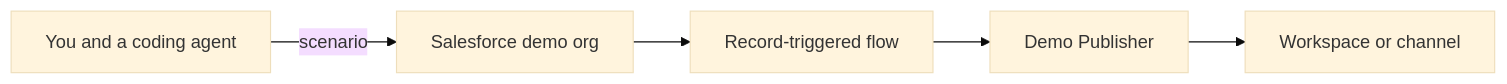
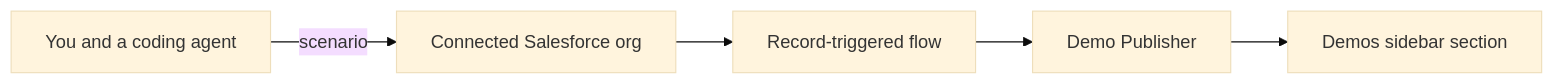
The diagram in README.md (zacharwood-bryd/sf-slack-demo-seeder), drawn with Mermaid (base theme) before and after one commit. The commit also changed other lines of this file and 8 other files, not shown here.

First line of the commit message:
Keep demos in one Slack workspace, grouped in a sidebar section.

````diff
--- a/README.md
+++ b/README.md
@@ -7,13 +7,13 @@
 ```mermaid
 flowchart LR
   you[You and a coding agent]
-  salesforce[Salesforce demo org]
+  salesforce[Connected Salesforce org]
   flow[Record-triggered flow]
   app[Demo Publisher]
-  slack[Workspace or channel]
+  section[Demos sidebar section]
 
   you -->|"scenario"| salesforce
   salesforce --> flow
   flow --> app
-  app --> slack
+  app --> section
 ```
````
